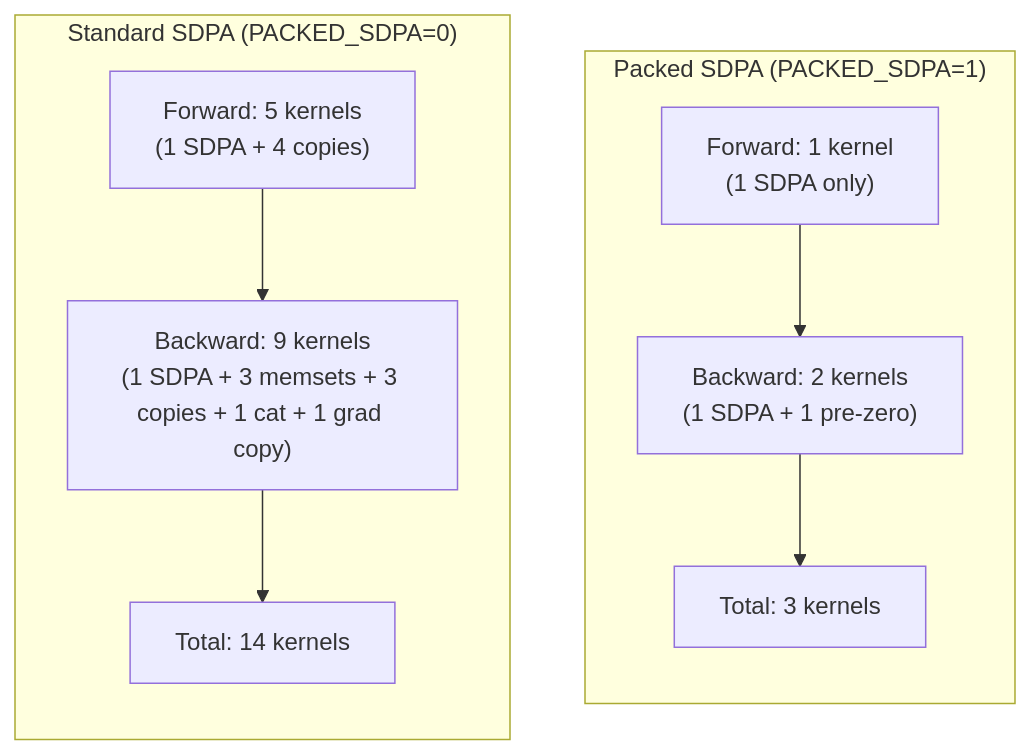
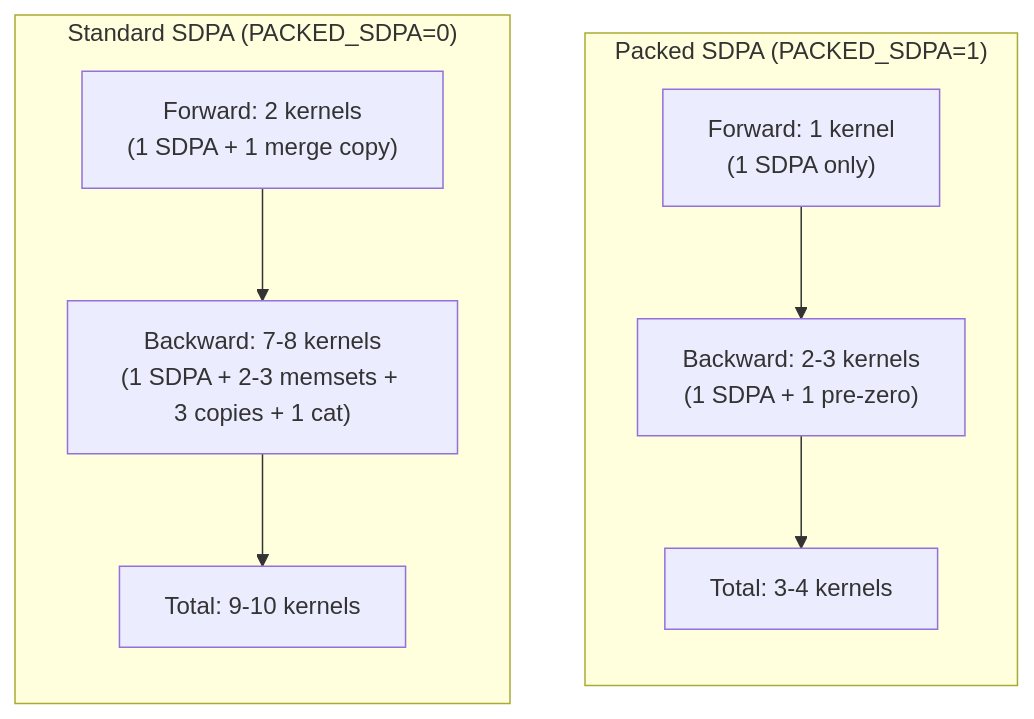
One commit to GOUTHAM992003/Neural_Networks_exp_1926 changed the diagram in master_gau_latest_ada_6000_sm89/docs/Optimizing Packed Attention Performance.md. Above: the diagram before and after it, drawn with Mermaid. The commit also changed other lines of this file and 1 other file, not shown here.

Commit message:
there was a mistake in documentaiton of these packed-sdpa documentations : 1)/Neural_Networks_exp_1926/master_gau_latest_ada_6000_sm89/docs/Optimizing Packed Attention Performance.md , modified this documentation correclty .

````diff
--- a/master_gau_latest_ada_6000_sm89/docs/Optimizing Packed Attention Performance.md
+++ b/master_gau_latest_ada_6000_sm89/docs/Optimizing Packed Attention Performance.md
@@ -792,20 +766,20 @@
 ```mermaid
 graph LR
     subgraph Standard["Standard SDPA (PACKED_SDPA=0)"]
         direction TB
-        SF["Forward: 5 kernels\n(1 SDPA + 4 copies)"]
-        SB["Backward: 9 kernels\n(1 SDPA + 3 memsets + 3 copies + 1 cat + 1 grad copy)"]
-        ST["Total: 14 kernels"]
+        SF["Forward: 2 kernels\n(1 SDPA + 1 merge copy)"]
+        SB["Backward: 7-8 kernels\n(1 SDPA + 2-3 memsets + 3 copies + 1 cat)"]
+        ST["Total: 9-10 kernels"]
         SF --> SB --> ST
     end
 
     subgraph Packed["Packed SDPA (PACKED_SDPA=1)"]
         direction TB
         PF["Forward: 1 kernel\n(1 SDPA only)"]
-        PB["Backward: 2 kernels\n(1 SDPA + 1 pre-zero)"]
-        PT["Total: 3 kernels"]
+        PB["Backward: 2-3 kernels\n(1 SDPA + 1 pre-zero)"]
+        PT["Total: 3-4 kernels"]
         PF --> PB --> PT
     end
 
     Standard ~~~ Packed
 ```
````
